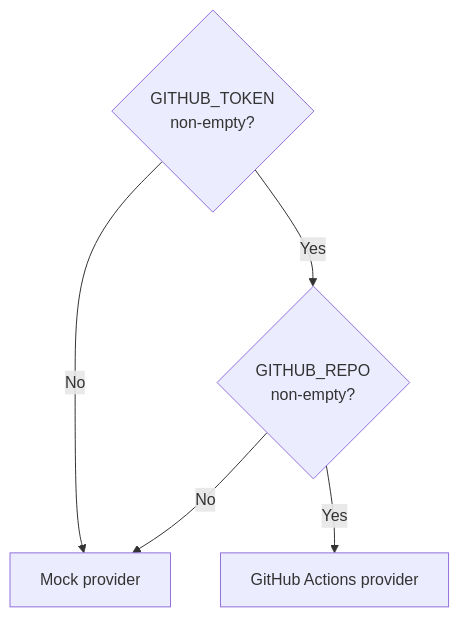
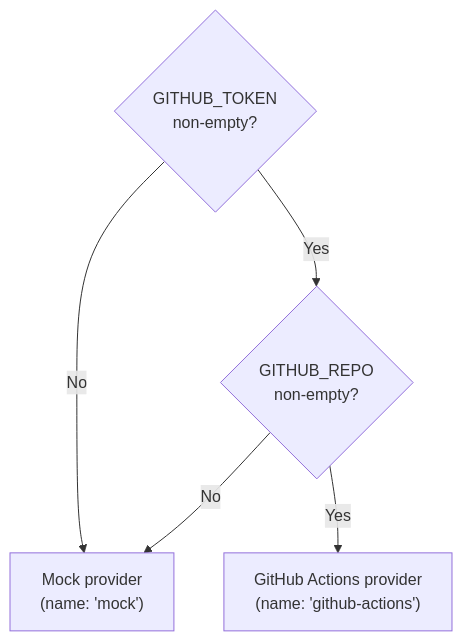
One commit to Gunashekharp/sdlc-sample-worflow changed the diagram in docs-site/src/content/docs/backend/config.md. Above: the diagram before and after it, drawn with Mermaid. The commit also changed other lines of this file and 52 other files, not shown here.

````diff
--- a/docs-site/src/content/docs/backend/config.md
+++ b/docs-site/src/content/docs/backend/config.md
@@ -51,12 +87,12 @@
 ```mermaid
 flowchart TD
-  token{"GITHUB_TOKEN\nnon-empty?"}
-  repo{"GITHUB_REPO\nnon-empty?"}
-  mock["Mock provider"]
-  live["GitHub Actions provider"]
+    T{"GITHUB_TOKEN\nnon-empty?"}
+    R{"GITHUB_REPO\nnon-empty?"}
+    M["Mock provider\n(name: 'mock')"]
+    L["GitHub Actions provider\n(name: 'github-actions')"]
 
-  token -->|"No"| mock
-  token -->|"Yes"| repo
-  repo -->|"No"| mock
-  repo -->|"Yes"| live
+    T -->|No| M
+    T -->|Yes| R
+    R -->|No| M
+    R -->|Yes| L
 ```
````
